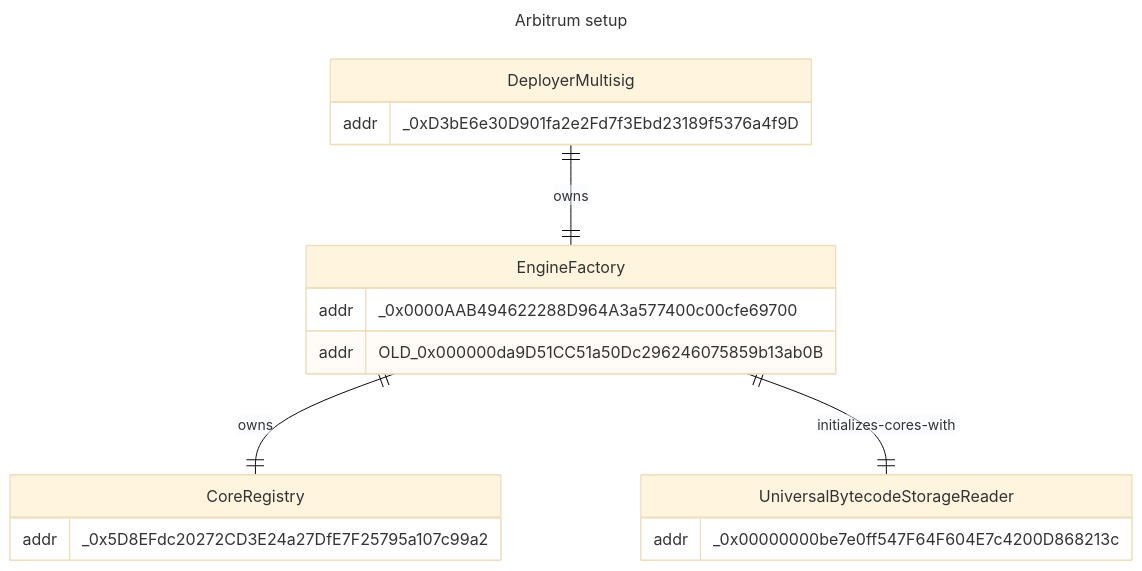
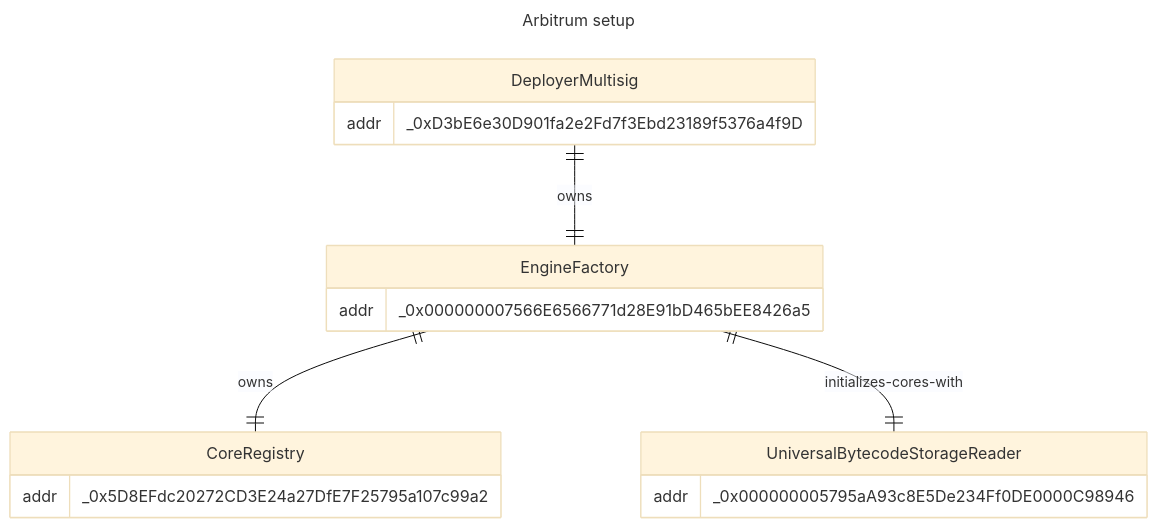
Before and after one commit to void-smith660/artblocks-contracts: the second of 4 diagrams in packages/contracts/INFRASTRUCTURE.md, drawn with Mermaid (base theme). The commit also changed other lines of this file, not shown here.

Commit message:
update infrastructure after migration to new engine factory queued

````diff
--- a/packages/contracts/INFRASTRUCTURE.md
+++ b/packages/contracts/INFRASTRUCTURE.md
@@ -53,22 +52,21 @@
 ```mermaid
 ---
 title: Arbitrum setup
 ---
 erDiagram
     DeployerMultisig ||--|| EngineFactory : owns
     EngineFactory ||--|| CoreRegistry : owns
     EngineFactory ||--|| UniversalBytecodeStorageReader : initializes-cores-with
     DeployerMultisig {
         addr _0xD3bE6e30D901fa2e2Fd7f3Ebd23189f5376a4f9D
     }
     EngineFactory {
-        addr _0x0000AAB494622288D964A3a577400c00cfe69700
-        addr OLD_0x000000da9D51CC51a50Dc296246075859b13ab0B
+        addr _0x000000007566E6566771d28E91bD465bEE8426a5
     }
     CoreRegistry {
         addr _0x5D8EFdc20272CD3E24a27DfE7F25795a107c99a2
     }
     UniversalBytecodeStorageReader {
-        addr _0x00000000be7e0ff547F64F604E7c4200D868213c
+        addr _0x000000005795aA93c8E5De234Ff0DE0000C98946
     }
 ```
````
